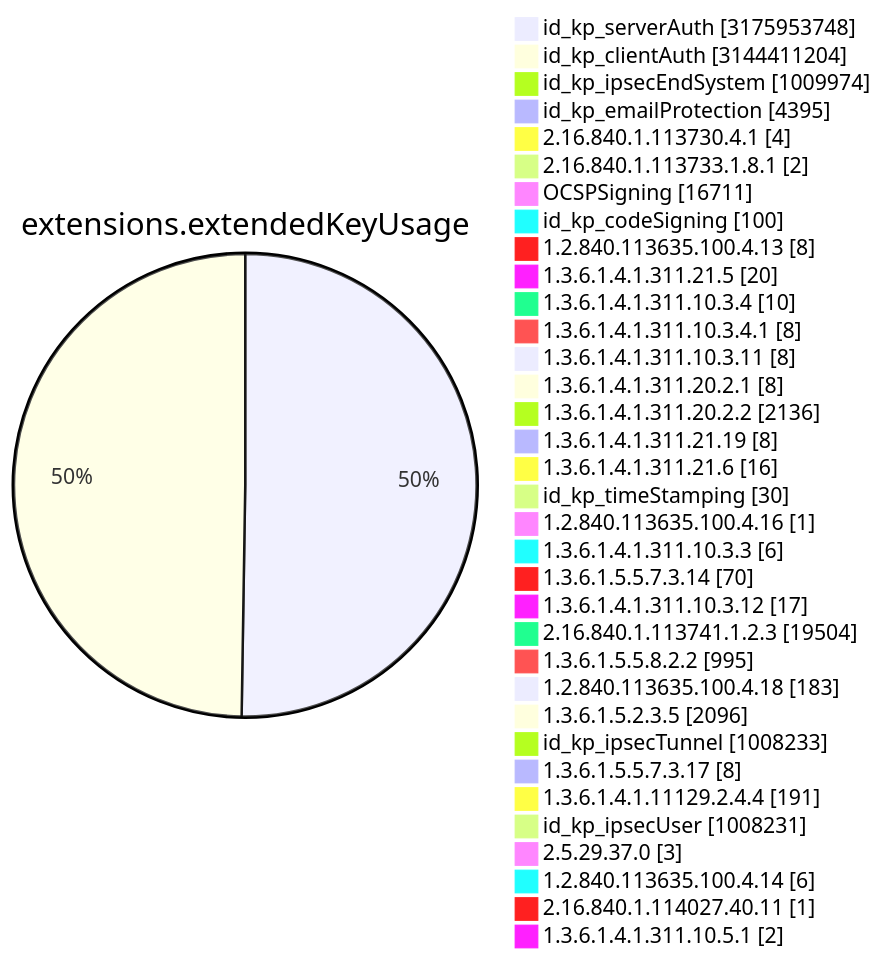
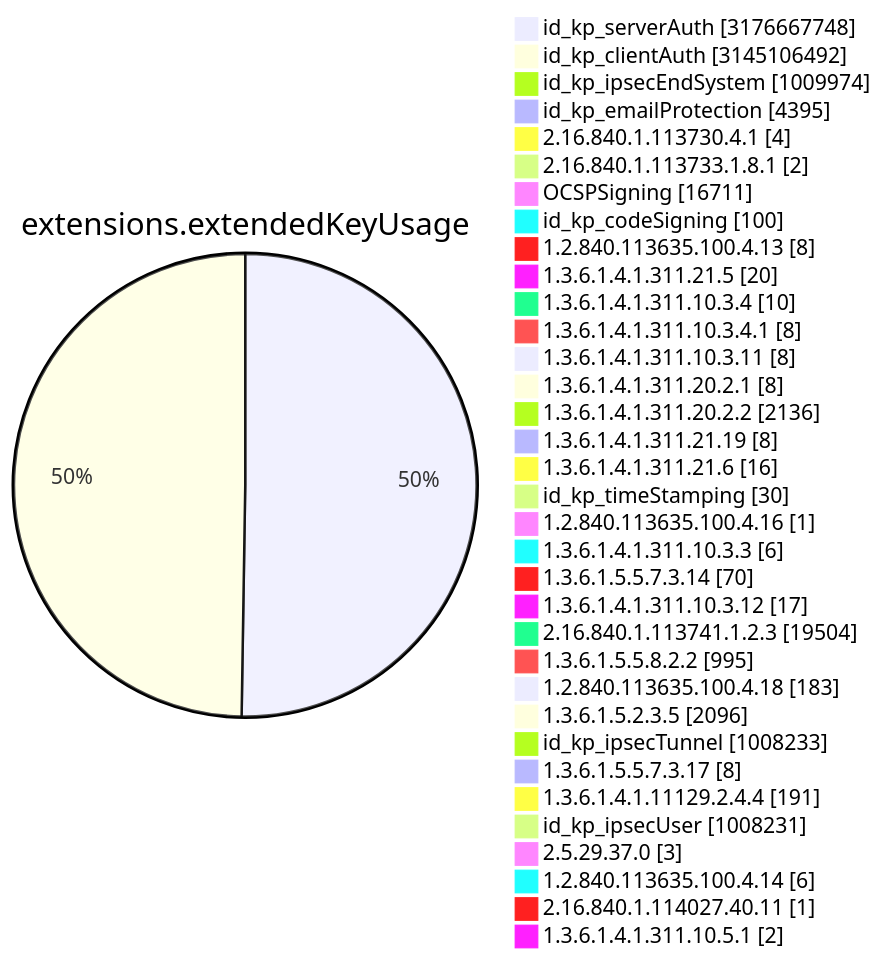
One commit to christiankrug/ctmonitor_visualization changed diagram 11 of 15 in TOTAL/README.md. Above: the diagram before and after it, drawn with Mermaid. The commit also changed other lines of this file, not shown here.

````diff
--- a/TOTAL/README.md
+++ b/TOTAL/README.md
@@ -4119,38 +4119,38 @@
 ```mermaid
 pie showData
 title extensions.extendedKeyUsage
-"id_kp_serverAuth" :3175953748
-"id_kp_clientAuth" :3144411204
+"id_kp_serverAuth" :3176667748
+"id_kp_clientAuth" :3145106492
 "id_kp_ipsecEndSystem" :1009974
 "id_kp_emailProtection" :4395
 "2.16.840.1.113730.4.1" :4
 "2.16.840.1.113733.1.8.1" :2
 "OCSPSigning" :16711
 "id_kp_codeSigning" :100
 "1.2.840.113635.100.4.13" :8
 "1.3.6.1.4.1.311.21.5" :20
 "1.3.6.1.4.1.311.10.3.4" :10
 "1.3.6.1.4.1.311.10.3.4.1" :8
 "1.3.6.1.4.1.311.10.3.11" :8
 "1.3.6.1.4.1.311.20.2.1" :8
 "1.3.6.1.4.1.311.20.2.2" :2136
 "1.3.6.1.4.1.311.21.19" :8
 "1.3.6.1.4.1.311.21.6" :16
 "id_kp_timeStamping" :30
 "1.2.840.113635.100.4.16" :1
 "1.3.6.1.4.1.311.10.3.3" :6
 "1.3.6.1.5.5.7.3.14" :70
 "1.3.6.1.4.1.311.10.3.12" :17
 "2.16.840.1.113741.1.2.3" :19504
 "1.3.6.1.5.5.8.2.2" :995
 "1.2.840.113635.100.4.18" :183
 "1.3.6.1.5.2.3.5" :2096
 "id_kp_ipsecTunnel" :1008233
 "1.3.6.1.5.5.7.3.17" :8
 "1.3.6.1.4.1.11129.2.4.4" :191
 "id_kp_ipsecUser" :1008231
 "2.5.29.37.0" :3
 "1.2.840.113635.100.4.14" :6
 "2.16.840.1.114027.40.11" :1
 "1.3.6.1.4.1.311.10.5.1" :2
 ```
````
